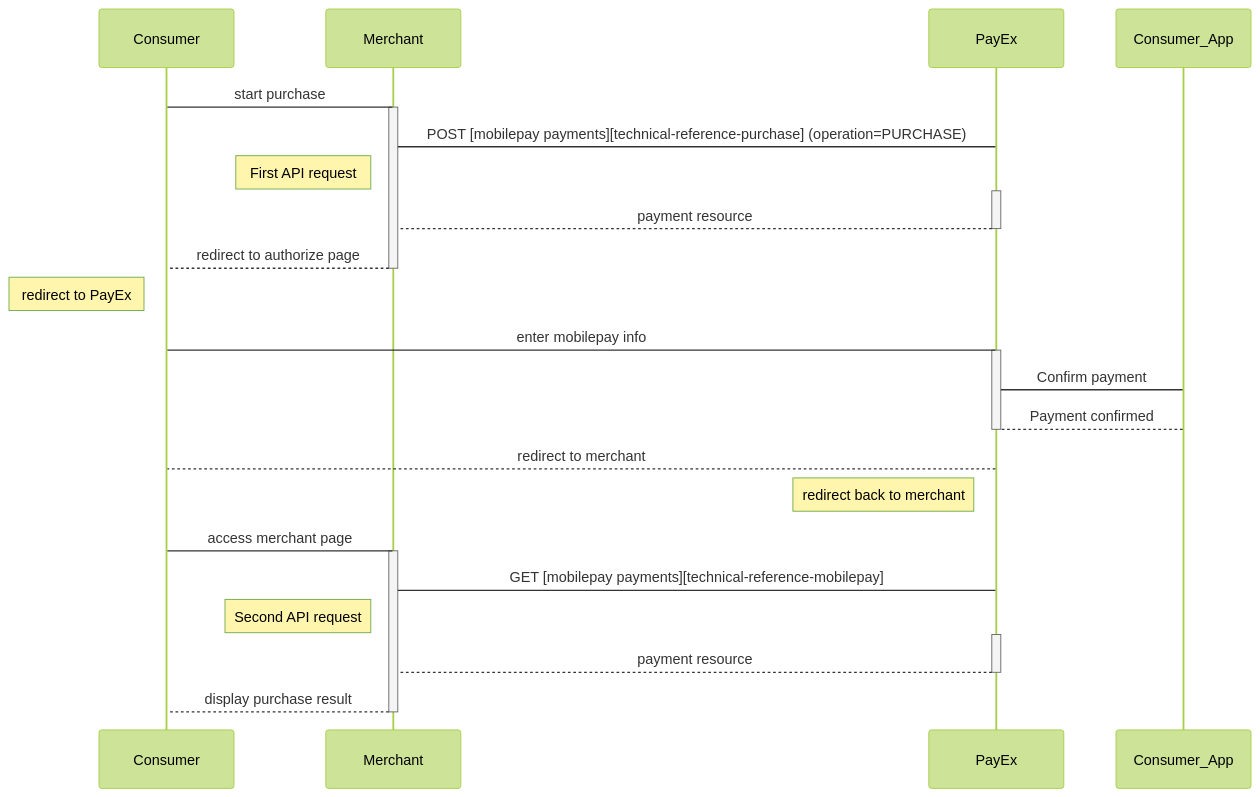
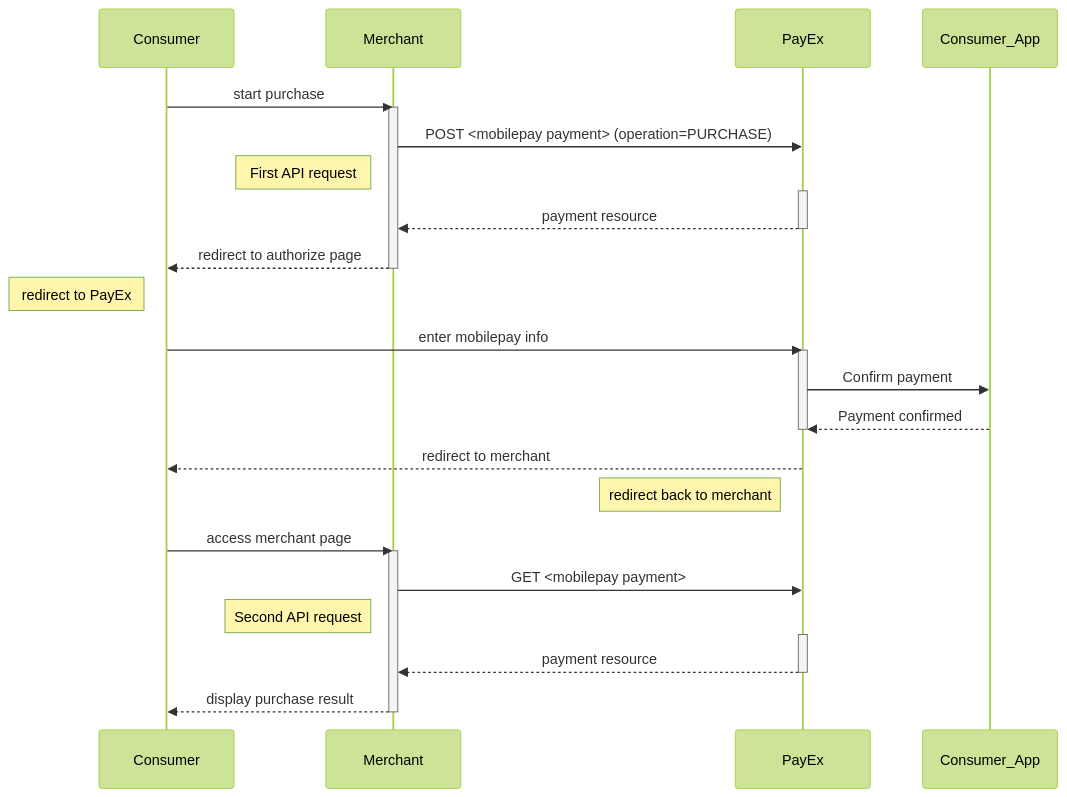
The diagram in payments/mobile-pay/redirect.md (SwedbankPay/developer.swedbankpay.com), drawn with Mermaid (forest theme) before and after one commit. The commit also changed other lines of this file and 4 other files, not shown here.

````diff
--- a/payments/mobile-pay/redirect.md
+++ b/payments/mobile-pay/redirect.md
@@ -60,32 +77,32 @@
 ```mermaid
 sequenceDiagram
-  Consumer->Merchant: start purchase
+  Consumer->>Merchant: start purchase
   Activate Merchant
-  Merchant->PayEx: POST [mobilepay payments][technical-reference-purchase] (operation=PURCHASE)
+  Merchant->>PayEx: POST <mobilepay payment> (operation=PURCHASE)
   note left of Merchant: First API request
   Activate PayEx
-  PayEx-->Merchant: payment resource
+  PayEx-->>Merchant: payment resource
   Deactivate PayEx
-  Merchant-->Consumer: redirect to authorize page
+  Merchant-->>Consumer: redirect to authorize page
   Deactivate Merchant
   note left of Consumer: redirect to PayEx
 
-  Consumer->PayEx: enter mobilepay info
+  Consumer->>PayEx: enter mobilepay info
   Activate PayEx
-  PayEx->Consumer_App: Confirm payment
-  Consumer_App-->PayEx: Payment confirmed
+  PayEx->>Consumer_App: Confirm payment
+  Consumer_App-->>PayEx: Payment confirmed
   Deactivate PayEx
   
-  PayEx-->Consumer: redirect to merchant
+  PayEx-->>Consumer: redirect to merchant
   note left of PayEx: redirect back to merchant
   
-  Consumer->Merchant: access merchant page
+  Consumer->>Merchant: access merchant page
   Activate Merchant
-  Merchant->PayEx: GET [mobilepay payments][technical-reference-mobilepay]
+  Merchant->>PayEx: GET <mobilepay payment>
   note left of Merchant: Second API request
   Activate PayEx
-  PayEx-->Merchant: payment resource
+  PayEx-->>Merchant: payment resource
   Deactivate PayEx
-  Merchant-->Consumer: display purchase result
+  Merchant-->>Consumer: display purchase result
   Deactivate Merchant
 ```
````
